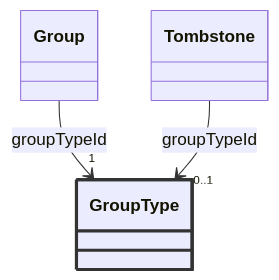
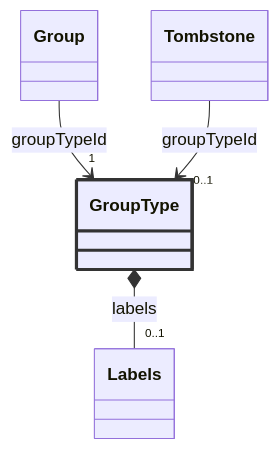
Before and after one commit to open-resource-discovery/specification: diagram 32 of 44 in docs/spec-v1/diagrams/ord-document.md, drawn with Mermaid. The commit also changed other lines of this file and 5 other files, not shown here.

Commit message:
Add labels and documentation labels to group and group type

````diff
--- a/docs/spec-v1/diagrams/ord-document.md
+++ b/docs/spec-v1/diagrams/ord-document.md
@@ -597,9 +601,12 @@
   ```mermaid
   classDiagram
   class GroupType
   style GroupType stroke:#333,stroke-width:3px
+  GroupType *-- "0..1" Labels : labels
   Group --> "1" GroupType : groupTypeId
   Tombstone --> "0..1" GroupType : groupTypeId
+  click GroupType href "#grouptype" "Go to GroupType"
+  click Labels href "#labels" "Go to Labels"
   click Group href "#group" "Go to Group"
   click Tombstone href "#tombstone" "Go to Tombstone"
   ```
````
